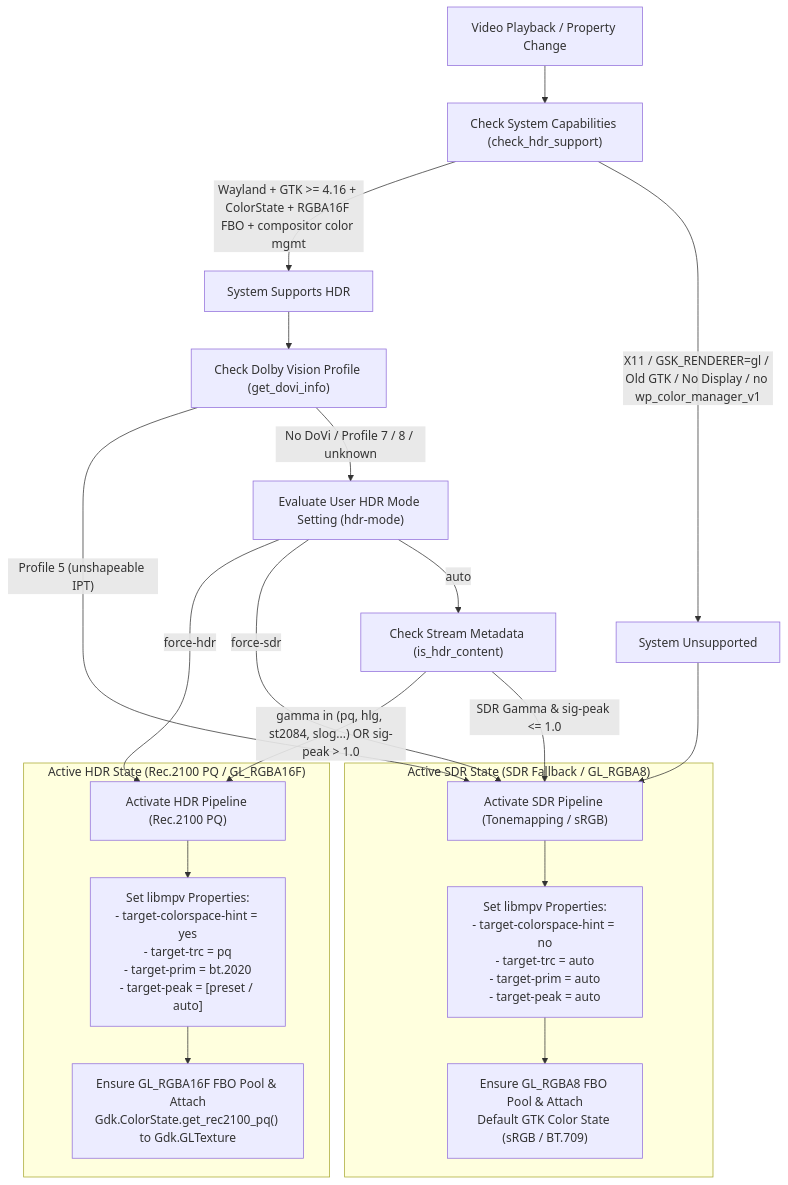
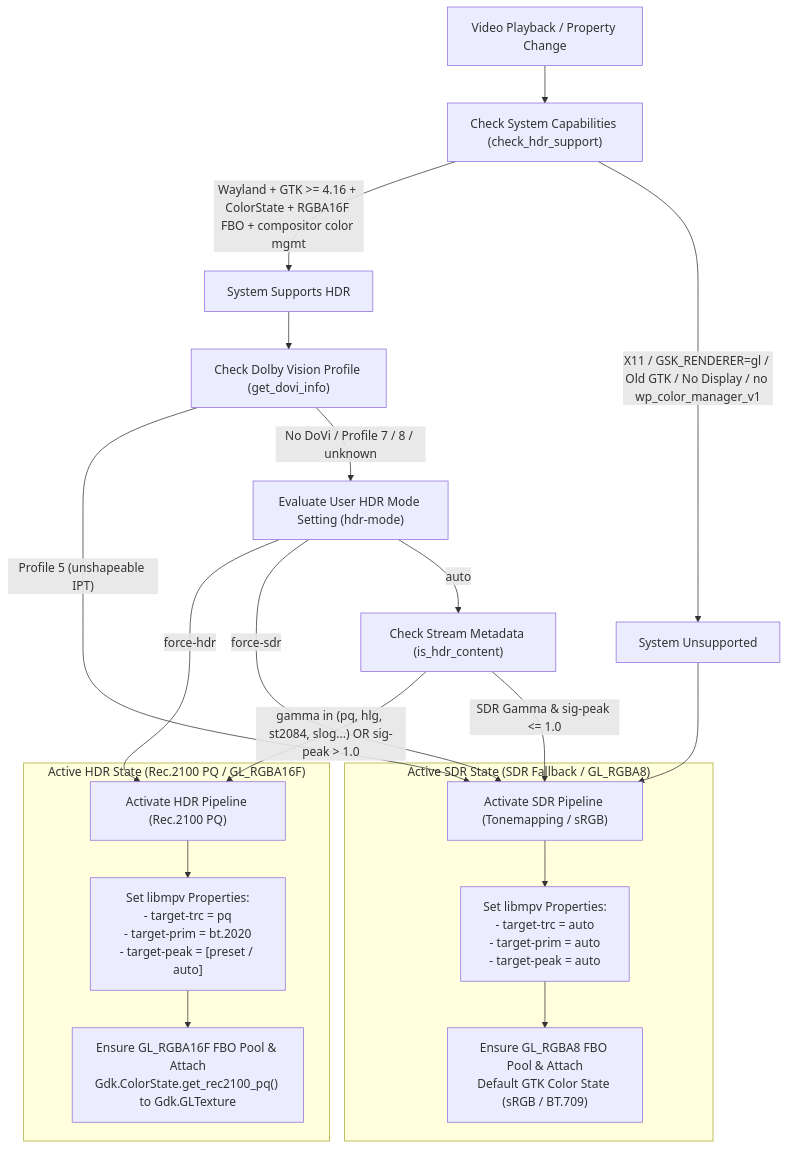
Before and after one commit to rusmikev/CineHDR: the second of 2 diagrams in docs/HDR.md, drawn with Mermaid. The commit also changed 4 other files, not shown here.

First line of the commit message:
hdr: drop the no-op target-colorspace-hint plumbing

````diff
--- a/docs/HDR.md
+++ b/docs/HDR.md
@@ -56,30 +56,30 @@
 ```mermaid
 flowchart TD
     Start["Video Playback / Property Change"] --> CheckSupport["Check System Capabilities (check_hdr_support)"]
     
     CheckSupport -->|"Wayland + GTK >= 4.16 + ColorState + RGBA16F FBO + compositor color mgmt"| SystemSupported["System Supports HDR"]
     CheckSupport -->|"X11 / GSK_RENDERER=gl / Old GTK / No Display / no wp_color_manager_v1"| SystemUnsupported["System Unsupported"]
 
     SystemSupported --> DoViGate["Check Dolby Vision Profile (get_dovi_info)"]
     DoViGate -->|"Profile 5 (unshapeable IPT)"| ApplySDR
     DoViGate -->|"No DoVi / Profile 7 / 8 / unknown"| Mode["Evaluate User HDR Mode Setting (hdr-mode)"]
     
     Mode -->|"force-hdr"| ApplyHDR["Activate HDR Pipeline (Rec.2100 PQ)"]
     Mode -->|"force-sdr"| ApplySDR["Activate SDR Pipeline (Tonemapping / sRGB)"]
     Mode -->|"auto"| CheckContent["Check Stream Metadata (is_hdr_content)"]
 
     CheckContent -->|"gamma in (pq, hlg, st2084, slog...) OR sig-peak > 1.0"| ApplyHDR
     CheckContent -->|"SDR Gamma & sig-peak <= 1.0"| ApplySDR
 
     SystemUnsupported --> ApplySDR
 
     subgraph HDR_Active ["Active HDR State (Rec.2100 PQ / GL_RGBA16F)"]
-        ApplyHDR --> MPVProps["Set libmpv Properties:\n- target-colorspace-hint = yes\n- target-trc = pq\n- target-prim = bt.2020\n- target-peak = [preset / auto]"]
+        ApplyHDR --> MPVProps["Set libmpv Properties:\n- target-trc = pq\n- target-prim = bt.2020\n- target-peak = [preset / auto]"]
         MPVProps --> TextureState["Ensure GL_RGBA16F FBO Pool & Attach\nGdk.ColorState.get_rec2100_pq() to Gdk.GLTexture"]
     end
 
     subgraph SDR_Active ["Active SDR State (SDR Fallback / GL_RGBA8)"]
-        ApplySDR --> MPVPropsSDR["Set libmpv Properties:\n- target-colorspace-hint = no\n- target-trc = auto\n- target-prim = auto\n- target-peak = auto"]
+        ApplySDR --> MPVPropsSDR["Set libmpv Properties:\n- target-trc = auto\n- target-prim = auto\n- target-peak = auto"]
         MPVPropsSDR --> TextureStateSDR["Ensure GL_RGBA8 FBO Pool & Attach\nDefault GTK Color State (sRGB / BT.709)"]
     end
 ```
````
